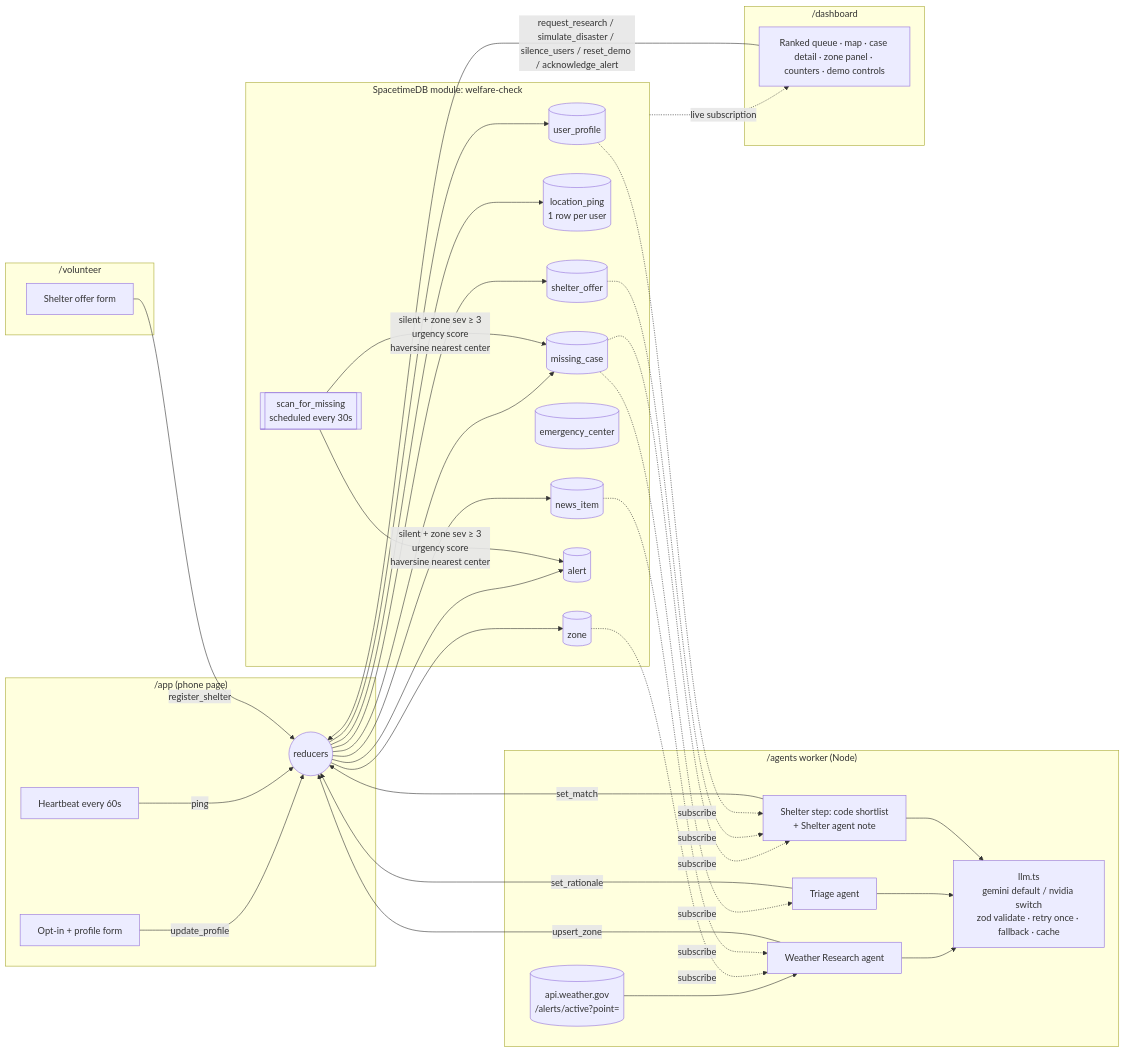
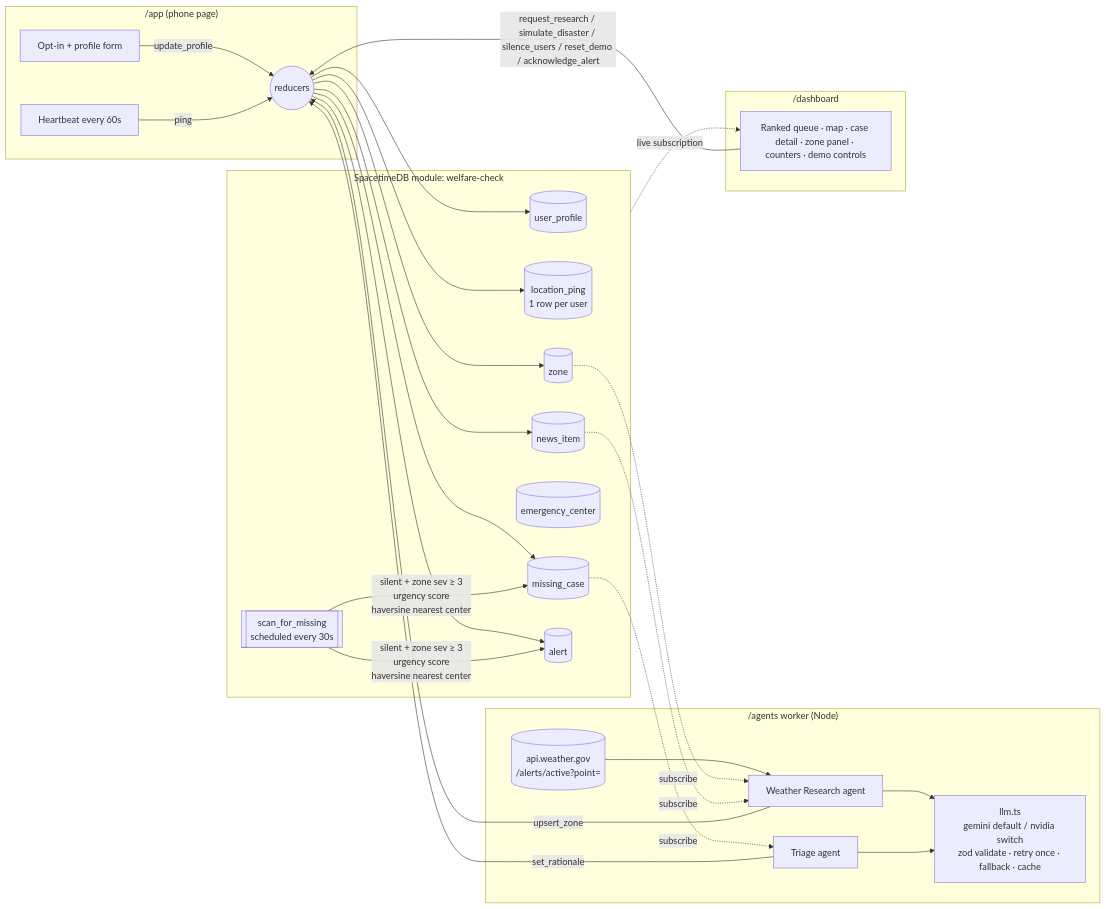
One commit to pragna09/HackUTD-ResQLink changed the diagram in docs/ARCHITECTURE.md. Above: the diagram before and after it, drawn with Mermaid. The commit also changed other lines of this file and 54 other files, not shown here.

````diff
--- a/docs/ARCHITECTURE.md
+++ b/docs/ARCHITECTURE.md
@@ -24,45 +24,39 @@
 ```mermaid
 flowchart LR
   subgraph Phone["/app (phone page)"]
     P1[Opt-in + profile form] -->|update_profile| R
     P2[Heartbeat every 60s] -->|ping| R
   end
 
   subgraph STDB["SpacetimeDB module: welfare-check"]
     R((reducers))
     T1[(user_profile)]
     T2[(location_ping<br/>1 row per user)]
     T3[(zone)]
     T4[(news_item)]
     T5[(emergency_center)]
     T6[(missing_case)]
     T7[(alert)]
-    T8[(shelter_offer)]
     S[[scan_for_missing<br/>scheduled every 30s]]
-    R --> T1 & T2 & T3 & T4 & T6 & T7 & T8
+    R --> T1 & T2 & T3 & T4 & T6 & T7
     S -->|silent + zone sev ≥ 3<br/>urgency score<br/>haversine nearest center| T6 & T7
   end
 
   subgraph Agents["/agents worker (Node)"]
     W[Weather Research agent] -->|upsert_zone| R
     TR[Triage agent] -->|set_rationale| R
-    SH[Shelter step: code shortlist<br/>+ Shelter agent note] -->|set_match| R
     LLM[llm.ts<br/>gemini default / nvidia switch<br/>zod validate · retry once · fallback · cache]
-    W & TR & SH --> LLM
+    W & TR --> LLM
     NWS[(api.weather.gov<br/>/alerts/active?point=)] --> W
   end
 
   T3 & T4 -. subscribe .-> W
   T6 -. subscribe .-> TR
-  T6 & T8 & T1 -. subscribe .-> SH
 
   subgraph Dash["/dashboard"]
     D[Ranked queue · map · case detail · zone panel · counters · demo controls]
   end
   STDB -. live subscription .-> D
   D -->|request_research / simulate_disaster / silence_users / reset_demo / acknowledge_alert| R
 
-  subgraph Vol["/volunteer"]
-    V[Shelter offer form] -->|register_shelter| R
-  end
 ```
````
